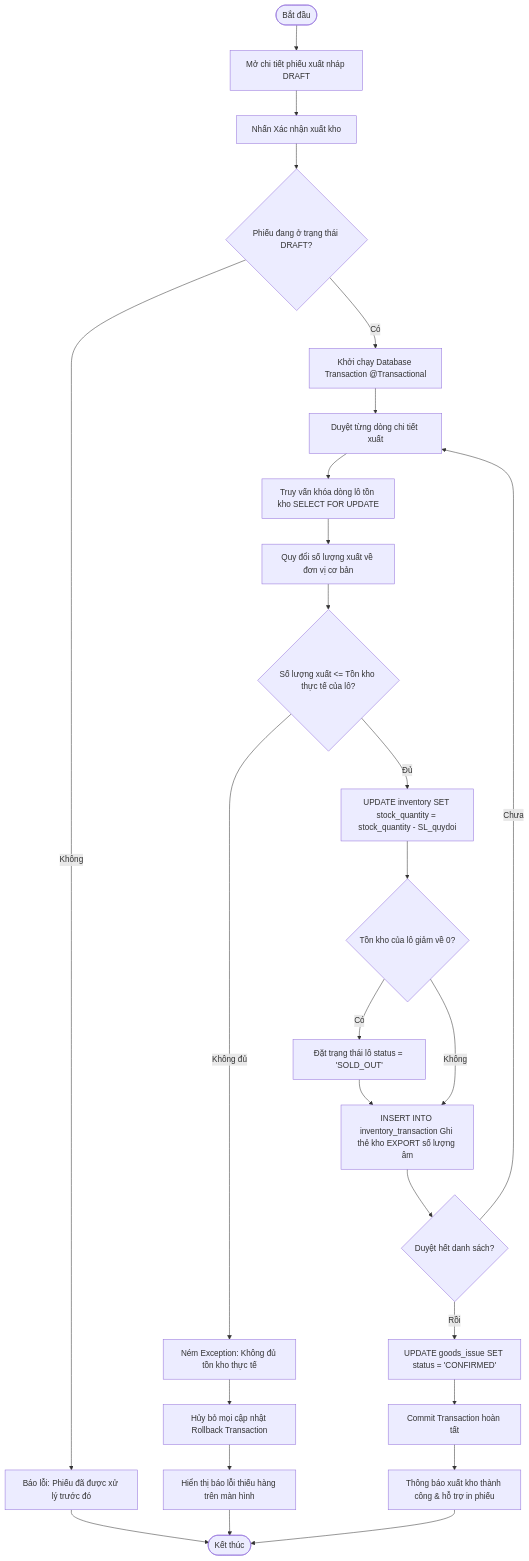
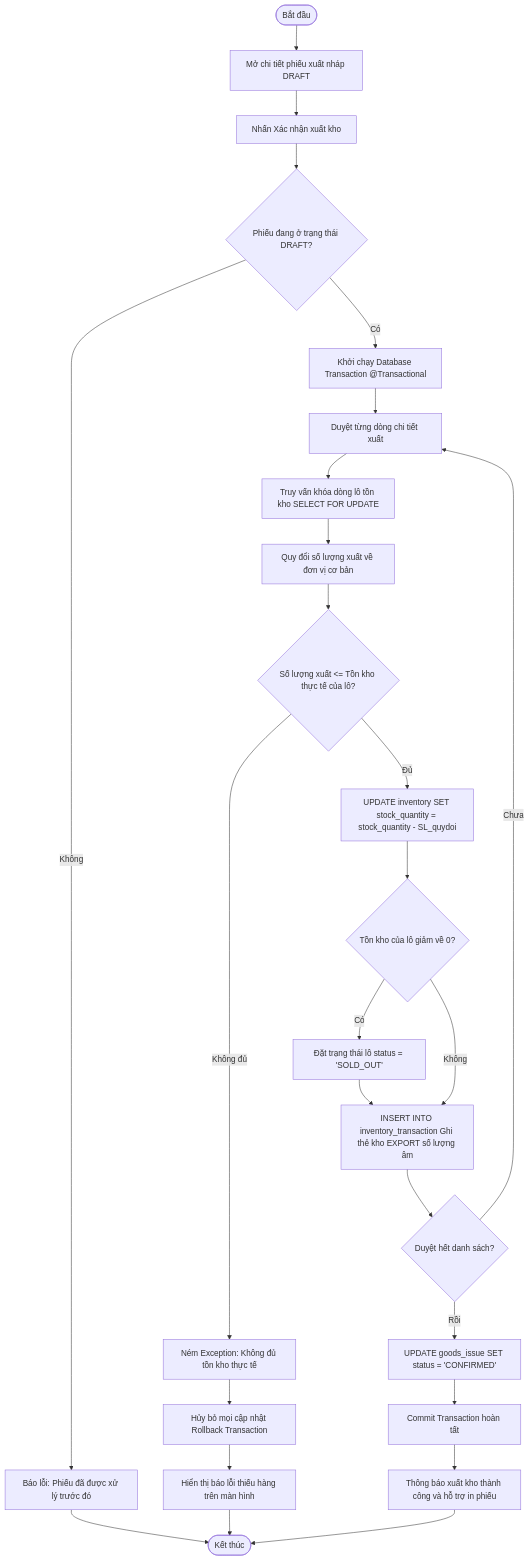
One commit to ngocuyenle15/PIS-CNPM changed diagram 26 of 32 in a.md. Above: the diagram before and after it, drawn with Mermaid. The commit also changed other lines of this file, not shown here.

````diff
--- a/a.md
+++ b/a.md
@@ -367,23 +367,23 @@
 ```mermaid
 flowchart TD
     Start([Bắt đầu]) --> OpenDraft[Mở chi tiết phiếu xuất nháp DRAFT]
     OpenDraft --> ClickConfirm[Nhấn Xác nhận xuất kho]
     ClickConfirm --> StateCheck{Phiếu đang ở trạng thái DRAFT?}
     StateCheck -- Không --> Error1[Báo lỗi: Phiếu đã được xử lý trước đó] --> End([Kết thúc])
     StateCheck -- Có --> StartTrans[Khởi chạy Database Transaction @Transactional]
     StartTrans --> LoopDetails[Duyệt từng dòng chi tiết xuất]
     LoopDetails --> LockRow[Truy vấn khóa dòng lô tồn kho SELECT FOR UPDATE]
     LockRow --> ConvertUnit[Quy đổi số lượng xuất về đơn vị cơ bản]
     ConvertUnit --> StockCheck{Số lượng xuất <= Tồn kho thực tế của lô?}
     StockCheck -- Không đủ --> Error2[Ném Exception: Không đủ tồn kho thực tế]
     Error2 --> Rollback[Hủy bỏ mọi cập nhật Rollback Transaction] --> ShowErrorUI[Hiển thị báo lỗi thiếu hàng trên màn hình] --> End
     StockCheck -- Đủ --> SubStock[UPDATE inventory SET stock_quantity = stock_quantity - SL_quydoi]
     SubStock --> ZeroCheck{Tồn kho của lô giảm về 0?}
     ZeroCheck -- Có --> UpdateInvStatus[Đặt trạng thái lô status = 'SOLD_OUT'] --> WriteTrans
     ZeroCheck -- Không --> WriteTrans[INSERT INTO inventory_transaction Ghi thẻ kho EXPORT số lượng âm]
     WriteTrans --> LoopNext{Duyệt hết danh sách?}
     LoopNext -- Chưa --> LoopDetails
     LoopNext -- Rồi --> UpdateState[UPDATE goods_issue SET status = 'CONFIRMED']
     UpdateState --> CommitTrans[Commit Transaction hoàn tất]
-    CommitTrans --> ShowSuccessUI[Thông báo xuất kho thành công & hỗ trợ in phiếu] --> End
+    CommitTrans --> ShowSuccessUI[Thông báo xuất kho thành công và hỗ trợ in phiếu] --> End
 ```
````
